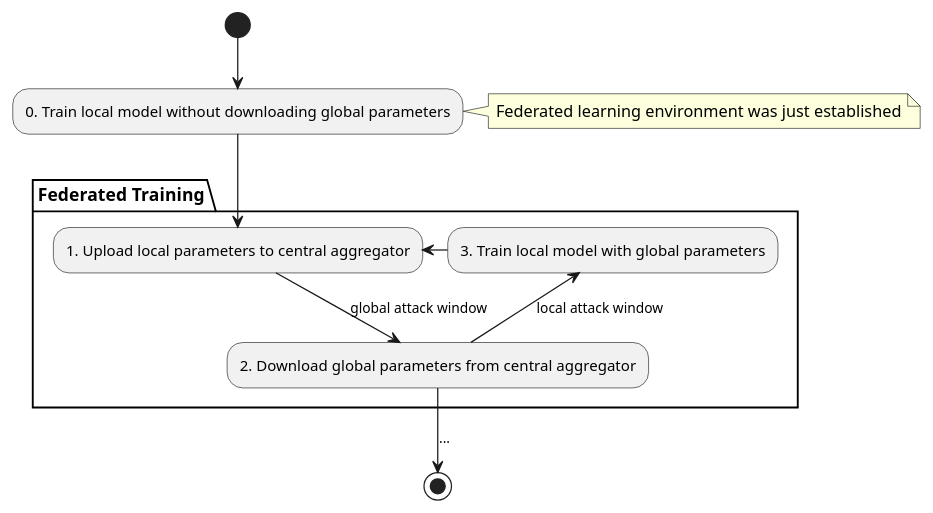
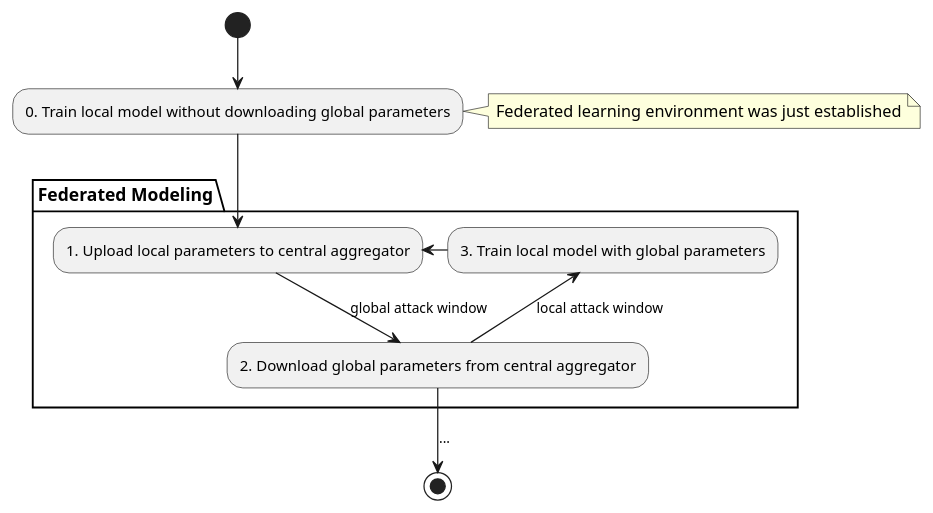
Before and after one commit to gongzhimin/Membership-Inference-Attack-in-Federated-Learning: the diagram in report/imgs/participant-activities.puml, drawn with PlantUML. The commit also changed 6 other files, not shown here.

```diff
--- a/report/imgs/participant-activities.puml
+++ b/report/imgs/participant-activities.puml
@@ -1,13 +1,13 @@
 @startuml participant-activities
 (*) --> "0. Train local model without downloading global parameters" as node1
 note right: Federated learning environment was just established
 
-partition "Federated Training"
+partition "Federated Modeling"
 node1 --> "1. Upload local parameters to central aggregator" as node2
 node2 -right->[global attack window] "2. Download global parameters from central aggregator" as node3
 node3 -up->[local attack window] "3. Train local model with global parameters" as node4
 node4 -left-> node2
 end partition
 
 node3 -down->[...] (*)
 @enduml
```
